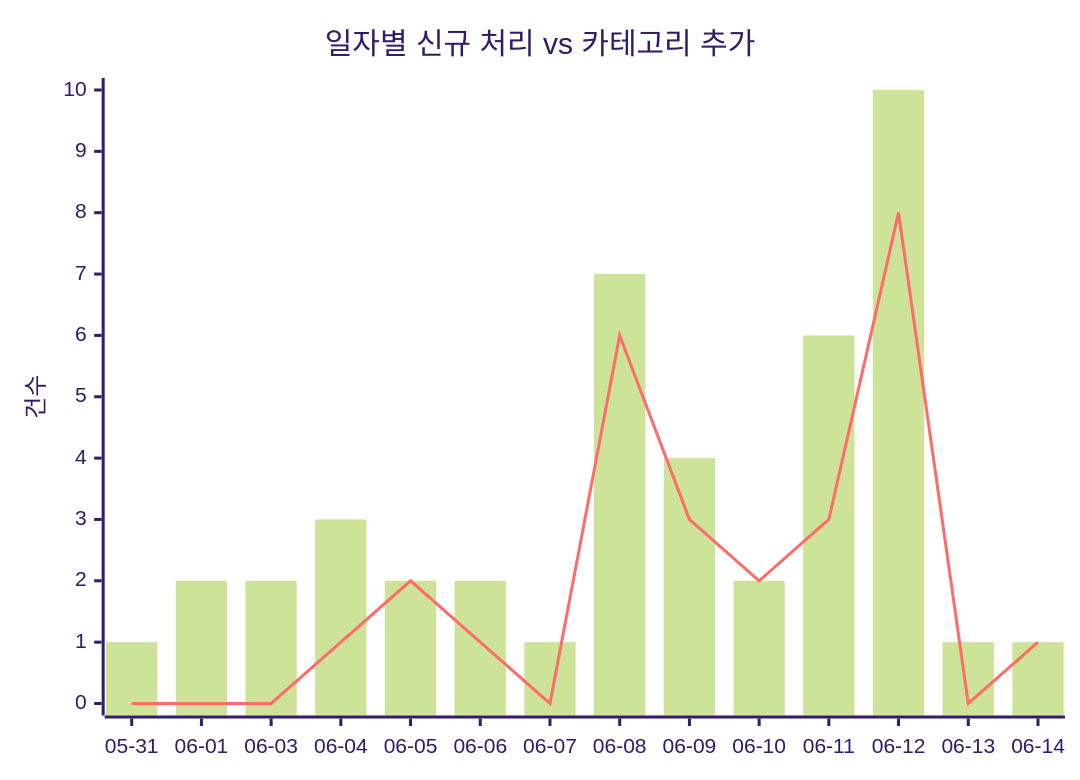
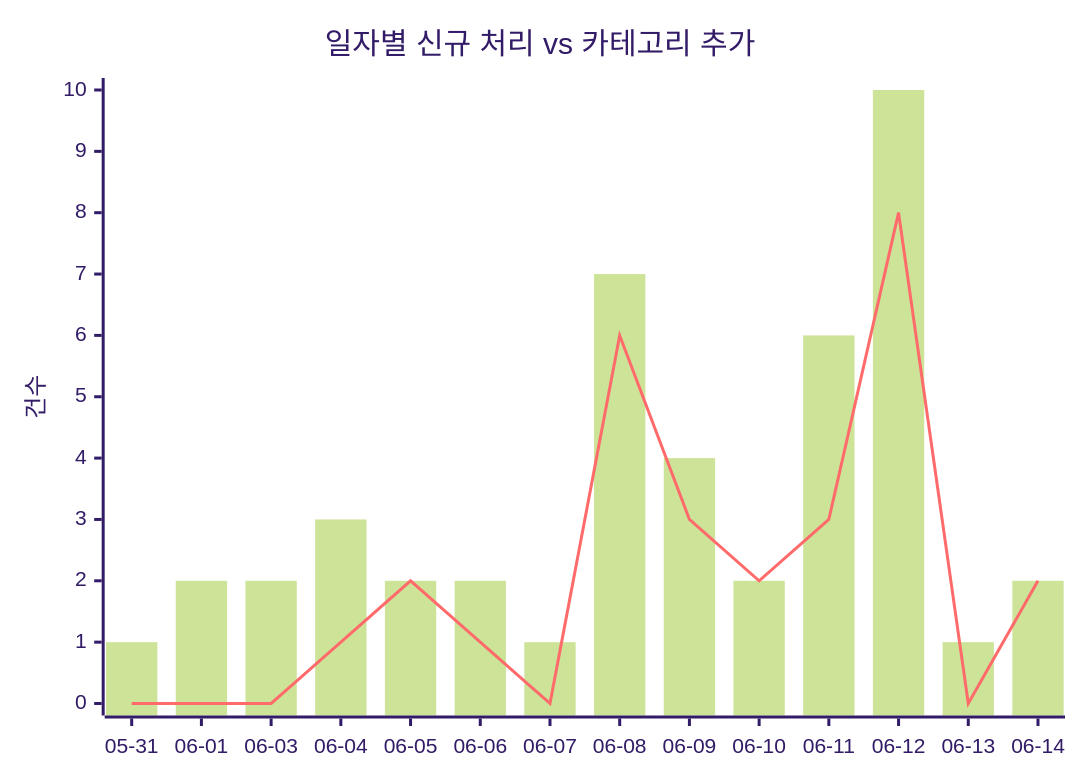
The first of 2 diagrams in docs/trends.md (J-nowcow/awesome-korean-agent-skills), drawn with Mermaid (forest theme) before and after one commit. The commit also changed other lines of this file and 4 other files, not shown here.

````diff
--- a/docs/trends.md
+++ b/docs/trends.md
@@ -32,8 +32,8 @@
 ```mermaid
 xychart-beta
     title "일자별 신규 처리 vs 카테고리 추가"
     x-axis ["05-31","06-01","06-03","06-04","06-05","06-06","06-07","06-08","06-09","06-10","06-11","06-12","06-13","06-14"]
     y-axis "건수"
-    bar [1,2,2,3,2,2,1,7,4,2,6,10,1,1]
-    line [0,0,0,1,2,1,0,6,3,2,3,8,0,1]
+    bar [1,2,2,3,2,2,1,7,4,2,6,10,1,2]
+    line [0,0,0,1,2,1,0,6,3,2,3,8,0,2]
 ```
````
